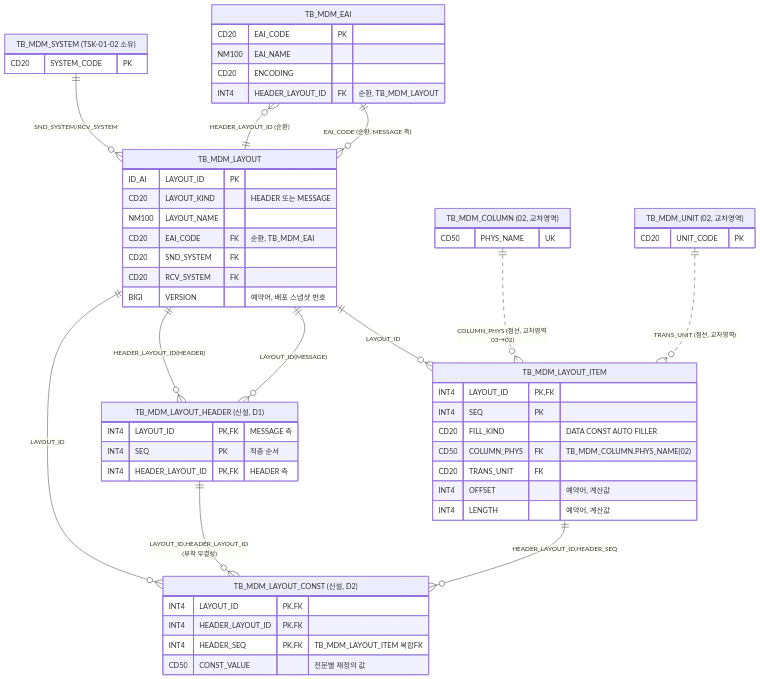
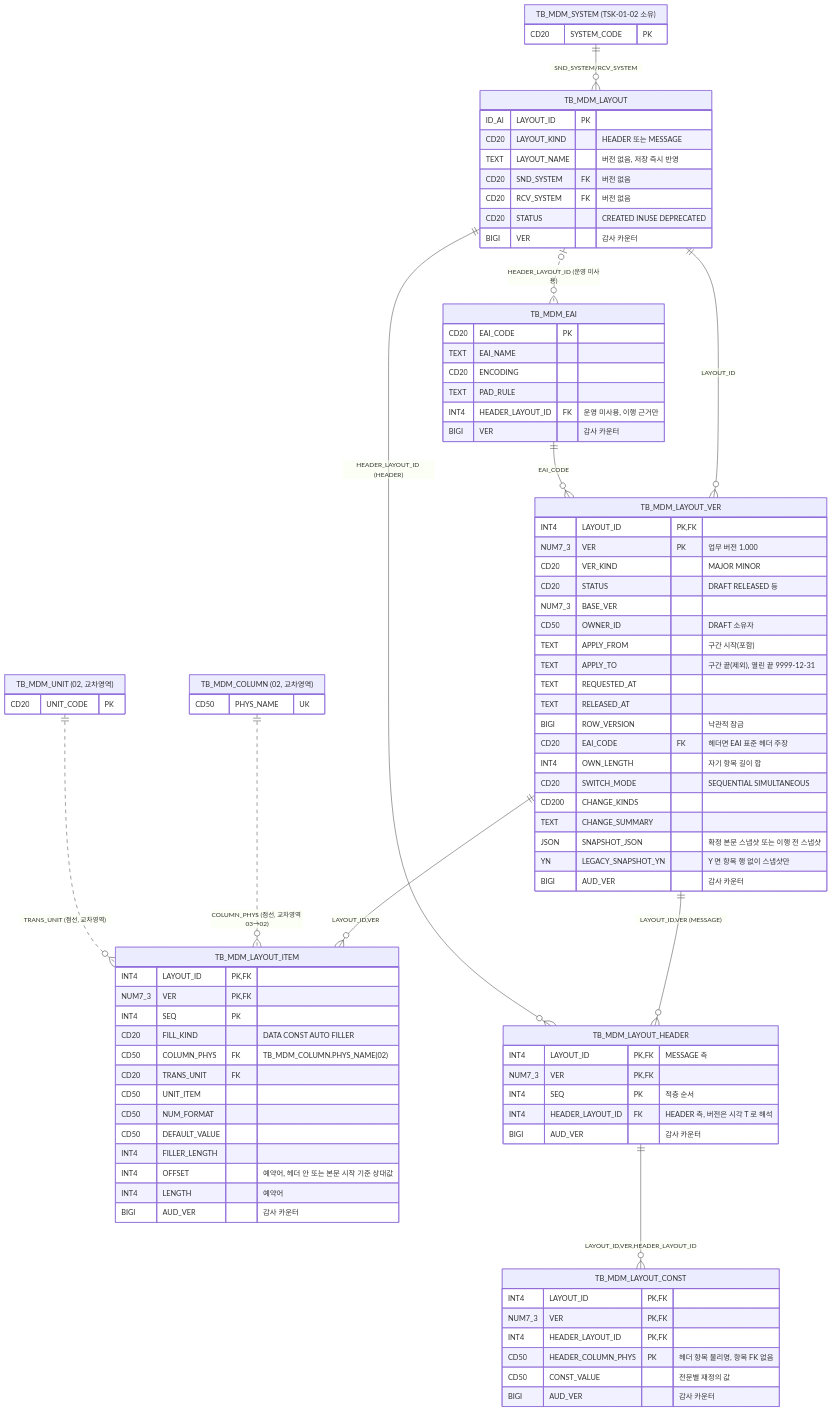
One commit to jongik-sv/dmes-standard changed the diagram in docs/mdm/erd/03-interface-layout.mmd. Above: the diagram before and after it, drawn with Mermaid. The commit also changed 188 other files, not shown here.

First line of the commit message:
feat(mdm): 레이아웃·헤더에 버전 관리를 넣는다 — 판정 시각의 RELEASED 버전으로 합성하고 저장은 내 DRAFT 에만 (버전 관리 3단계, D-148)

```diff
--- a/docs/mdm/erd/03-interface-layout.mmd
+++ b/docs/mdm/erd/03-interface-layout.mmd
@@ -1,59 +1,93 @@
-%% TSK-02-03 영역 03 (dmb) ERD — design.md §6.2. D1(헤더 적층)·D2(상수 재정의) 신설 테이블 포함.
-%% EAI↔LAYOUT 은 영역 내부 순환 FK(SQLite 인라인 가능, §6.6).
+%% 영역 03 (dmb) ERD — D-144 3단계(D-148) 이후 모양. 정본은 V21__layout_version.sql 의 ④ 새 표(03-interface-layout.sqlite.sql 과 같다).
+%% 부모 TB_MDM_LAYOUT 은 버전이 없는 칸만 두고, 형식·길이·항목·헤더 구성·상수 재정의는 버전 키 (LAYOUT_ID, VER) 아래로 들어간다.
+%% EAI_CODE 가 부모를 떠나 EAI ↔ 레이아웃 순환 FK 가 없어졌다. TB_MDM_EAI.HEADER_LAYOUT_ID 는 남아 있으나 운영이 읽지 않는다 —
+%% EAI 표준 헤더는 시각 T 에 RELEASED 인 헤더 버전 행의 EAI_CODE 로 해석한다. 버전 표 4개의 감사 카운터는 AUD_VER(업무 VER 와 구분).
 erDiagram
-    TB_MDM_EAI {
-        CD20 EAI_CODE PK
-        NM100 EAI_NAME
-        CD20 ENCODING
-        INT4 HEADER_LAYOUT_ID FK "순환, TB_MDM_LAYOUT"
-    }
     TB_MDM_LAYOUT {
         ID_AI LAYOUT_ID PK
         CD20 LAYOUT_KIND "HEADER 또는 MESSAGE"
-        NM100 LAYOUT_NAME
-        CD20 EAI_CODE FK "순환, TB_MDM_EAI"
-        CD20 SND_SYSTEM FK
-        CD20 RCV_SYSTEM FK
-        BIGI VERSION "예약어, 배포 스냅샷 번호"
+        TEXT LAYOUT_NAME "버전 없음, 저장 즉시 반영"
+        CD20 SND_SYSTEM FK "버전 없음"
+        CD20 RCV_SYSTEM FK "버전 없음"
+        CD20 STATUS "CREATED INUSE DEPRECATED"
+        BIGI VER "감사 카운터"
+    }
+    TB_MDM_EAI {
+        CD20 EAI_CODE PK
+        TEXT EAI_NAME
+        CD20 ENCODING
+        TEXT PAD_RULE
+        INT4 HEADER_LAYOUT_ID FK "운영 미사용, 이행 근거만"
+        BIGI VER "감사 카운터"
+    }
+    TB_MDM_LAYOUT_VER {
+        INT4 LAYOUT_ID PK,FK
+        NUM7_3 VER PK "업무 버전 1.000"
+        CD20 VER_KIND "MAJOR MINOR"
+        CD20 STATUS "DRAFT RELEASED 등"
+        NUM7_3 BASE_VER
+        CD50 OWNER_ID "DRAFT 소유자"
+        TEXT APPLY_FROM "구간 시작(포함)"
+        TEXT APPLY_TO "구간 끝(제외), 열린 끝 9999-12-31"
+        TEXT REQUESTED_AT
+        TEXT RELEASED_AT
+        BIGI ROW_VERSION "낙관적 잠금"
+        CD20 EAI_CODE FK "헤더면 EAI 표준 헤더 주장"
+        INT4 OWN_LENGTH "자기 항목 길이 합"
+        CD20 SWITCH_MODE "SEQUENTIAL SIMULTANEOUS"
+        CD200 CHANGE_KINDS
+        TEXT CHANGE_SUMMARY
+        JSON SNAPSHOT_JSON "확정 본문 스냅샷 또는 이행 전 스냅샷"
+        YN LEGACY_SNAPSHOT_YN "Y 면 항목 행 없이 스냅샷만"
+        BIGI AUD_VER "감사 카운터"
     }
     TB_MDM_LAYOUT_ITEM {
         INT4 LAYOUT_ID PK,FK
+        NUM7_3 VER PK,FK
         INT4 SEQ PK
         CD20 FILL_KIND "DATA CONST AUTO FILLER"
         CD50 COLUMN_PHYS FK "TB_MDM_COLUMN.PHYS_NAME(02)"
         CD20 TRANS_UNIT FK
-        INT4 OFFSET "예약어, 계산값"
-        INT4 LENGTH "예약어, 계산값"
+        CD50 UNIT_ITEM
+        CD50 NUM_FORMAT
+        CD50 DEFAULT_VALUE
+        INT4 FILLER_LENGTH
+        INT4 OFFSET "예약어, 헤더 안 또는 본문 시작 기준 상대값"
+        INT4 LENGTH "예약어"
+        BIGI AUD_VER "감사 카운터"
     }
-    TB_MDM_LAYOUT_HEADER["TB_MDM_LAYOUT_HEADER (신설, D1)"] {
+    TB_MDM_LAYOUT_HEADER {
         INT4 LAYOUT_ID PK,FK "MESSAGE 측"
+        NUM7_3 VER PK,FK
         INT4 SEQ PK "적층 순서"
-        INT4 HEADER_LAYOUT_ID PK,FK "HEADER 측"
+        INT4 HEADER_LAYOUT_ID FK "HEADER 측, 버전은 시각 T 로 해석"
+        BIGI AUD_VER "감사 카운터"
     }
-    TB_MDM_LAYOUT_CONST["TB_MDM_LAYOUT_CONST (신설, D2)"] {
+    TB_MDM_LAYOUT_CONST {
         INT4 LAYOUT_ID PK,FK
+        NUM7_3 VER PK,FK
         INT4 HEADER_LAYOUT_ID PK,FK
-        INT4 HEADER_SEQ PK,FK "TB_MDM_LAYOUT_ITEM 복합FK"
+        CD50 HEADER_COLUMN_PHYS PK "헤더 항목 물리명, 항목 FK 없음"
         CD50 CONST_VALUE "전문별 재정의 값"
+        BIGI AUD_VER "감사 카운터"
     }
     TB_MDM_SYSTEM["TB_MDM_SYSTEM (TSK-01-02 소유)"] {
         CD20 SYSTEM_CODE PK
     }
     TB_MDM_COLUMN["TB_MDM_COLUMN (02, 교차영역)"] {
         CD50 PHYS_NAME UK
     }
     TB_MDM_UNIT["TB_MDM_UNIT (02, 교차영역)"] {
         CD20 UNIT_CODE PK
     }
 
-    TB_MDM_LAYOUT ||--o{ TB_MDM_EAI : "HEADER_LAYOUT_ID (순환)"
-    TB_MDM_EAI ||--o{ TB_MDM_LAYOUT : "EAI_CODE (순환, MESSAGE 측)"
     TB_MDM_SYSTEM ||--o{ TB_MDM_LAYOUT : "SND_SYSTEM/RCV_SYSTEM"
-    TB_MDM_LAYOUT ||--o{ TB_MDM_LAYOUT_ITEM : "LAYOUT_ID"
+    TB_MDM_LAYOUT ||--o{ TB_MDM_LAYOUT_VER : "LAYOUT_ID"
+    TB_MDM_EAI ||--o{ TB_MDM_LAYOUT_VER : "EAI_CODE"
+    TB_MDM_LAYOUT |o..o{ TB_MDM_EAI : "HEADER_LAYOUT_ID (운영 미사용)"
+    TB_MDM_LAYOUT_VER ||--o{ TB_MDM_LAYOUT_ITEM : "LAYOUT_ID,VER"
     TB_MDM_COLUMN ||..o{ TB_MDM_LAYOUT_ITEM : "COLUMN_PHYS (점선, 교차영역 03→02)"
     TB_MDM_UNIT ||..o{ TB_MDM_LAYOUT_ITEM : "TRANS_UNIT (점선, 교차영역)"
-    TB_MDM_LAYOUT ||--o{ TB_MDM_LAYOUT_HEADER : "LAYOUT_ID(MESSAGE)"
-    TB_MDM_LAYOUT ||--o{ TB_MDM_LAYOUT_HEADER : "HEADER_LAYOUT_ID(HEADER)"
-    TB_MDM_LAYOUT ||--o{ TB_MDM_LAYOUT_CONST : "LAYOUT_ID"
-    TB_MDM_LAYOUT_ITEM ||--o{ TB_MDM_LAYOUT_CONST : "HEADER_LAYOUT_ID,HEADER_SEQ"
-    TB_MDM_LAYOUT_HEADER ||--o{ TB_MDM_LAYOUT_CONST : "LAYOUT_ID,HEADER_LAYOUT_ID (부착 무결성)"
+    TB_MDM_LAYOUT_VER ||--o{ TB_MDM_LAYOUT_HEADER : "LAYOUT_ID,VER (MESSAGE)"
+    TB_MDM_LAYOUT ||--o{ TB_MDM_LAYOUT_HEADER : "HEADER_LAYOUT_ID (HEADER)"
+    TB_MDM_LAYOUT_HEADER ||--o{ TB_MDM_LAYOUT_CONST : "LAYOUT_ID,VER,HEADER_LAYOUT_ID"
```
